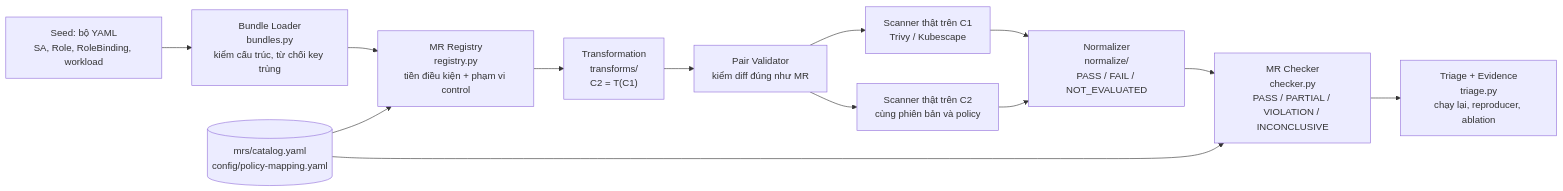
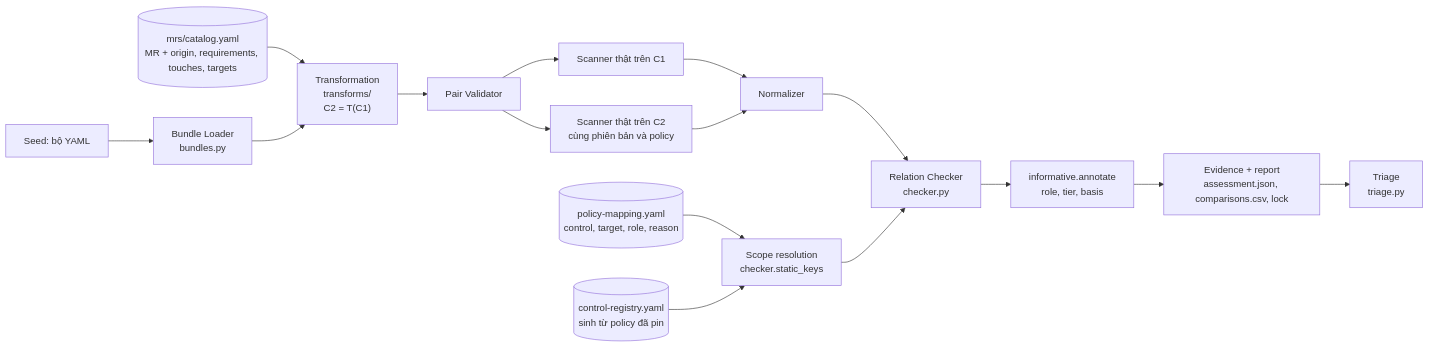
The diagram in k8s-mr-lab/docs/poc/POC_REPORT_FOR_ADVISOR.md (NgNgocTai/Metamorphic_Testing), drawn with Mermaid before and after one commit. The commit also changed other lines of this file and 15 other files, not shown here.

First line of the commit message:
docs: unified framework architecture, legacy-to-unified audit, official PoC results and migration impact

````diff
--- a/k8s-mr-lab/docs/poc/POC_REPORT_FOR_ADVISOR.md
+++ b/k8s-mr-lab/docs/poc/POC_REPORT_FOR_ADVISOR.md
@@ -32,15 +34,18 @@
 ```mermaid
 flowchart LR
-    SEED["Seed: bộ YAML<br/>SA, Role, RoleBinding, workload"] --> LOAD["Bundle Loader<br/>bundles.py<br/>kiểm cấu trúc, từ chối key trùng"]
-    LOAD --> REG["MR Registry<br/>registry.py<br/>tiền điều kiện + phạm vi control"]
-    REG --> TRANS["Transformation<br/>transforms/<br/>C2 = T(C1)"]
-    TRANS --> VAL["Pair Validator<br/>kiểm diff đúng như MR"]
-    VAL --> S1["Scanner thật trên C1<br/>Trivy / Kubescape"]
+    SEED["Seed: bộ YAML"] --> LOAD["Bundle Loader<br/>bundles.py"]
+    CAT[("mrs/catalog.yaml<br/>MR + origin, requirements, touches, targets")] --> TRANS
+    LOAD --> TRANS["Transformation<br/>transforms/<br/>C2 = T(C1)"]
+    TRANS --> VAL["Pair Validator"]
+    VAL --> S1["Scanner thật trên C1"]
     VAL --> S2["Scanner thật trên C2<br/>cùng phiên bản và policy"]
-    S1 --> NORM["Normalizer<br/>normalize/<br/>PASS / FAIL / NOT_EVALUATED"]
+    MAP[("policy-mapping.yaml<br/>control, target, role, reason")] --> SCOPE
+    REG[("control-registry.yaml<br/>sinh từ policy đã pin")] --> SCOPE["Scope resolution<br/>checker.static_keys"]
+    S1 --> NORM["Normalizer"]
     S2 --> NORM
-    NORM --> CHK["MR Checker<br/>checker.py<br/>PASS / PARTIAL / VIOLATION / INCONCLUSIVE"]
-    CHK --> TRI["Triage + Evidence<br/>triage.py<br/>chạy lại, reproducer, ablation"]
-    CAT[("mrs/catalog.yaml<br/>config/policy-mapping.yaml")] --> REG
-    CAT --> CHK
+    NORM --> CHK["Relation Checker<br/>checker.py"]
+    SCOPE --> CHK
+    CHK --> ANN["informative.annotate<br/>role, tier, basis"]
+    ANN --> REP["Evidence + report<br/>assessment.json, comparisons.csv, lock"]
+    REP --> TRI["Triage<br/>triage.py"]
 ```
````
